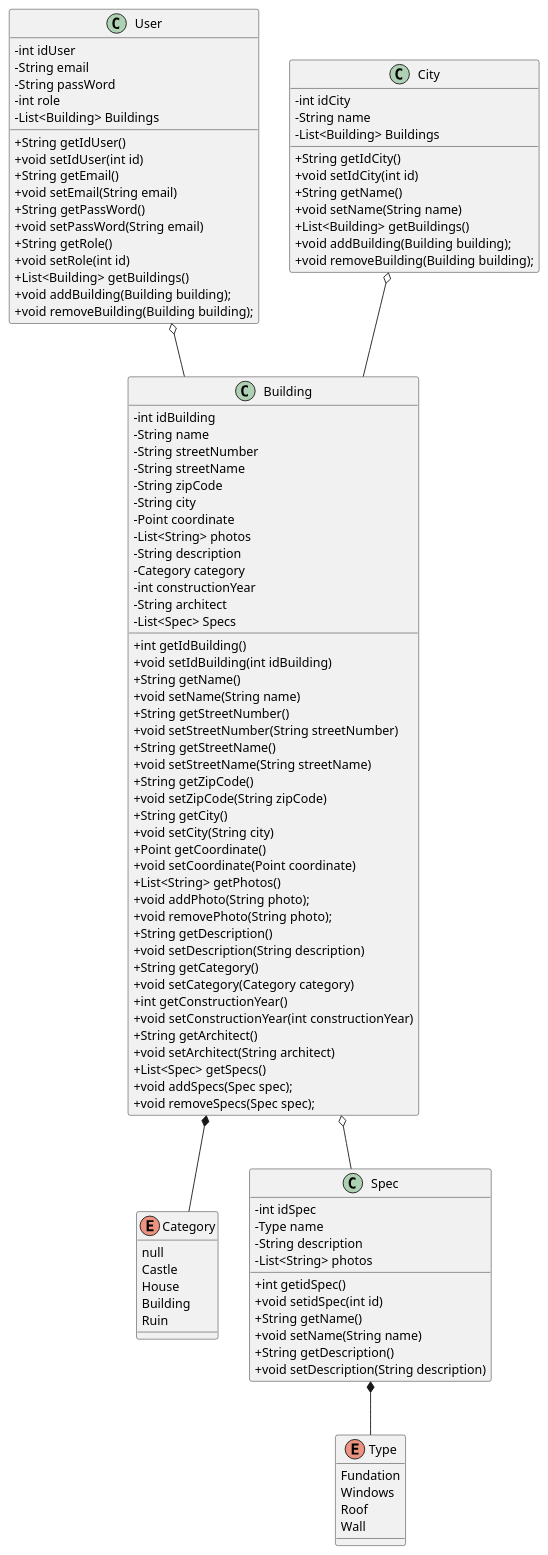
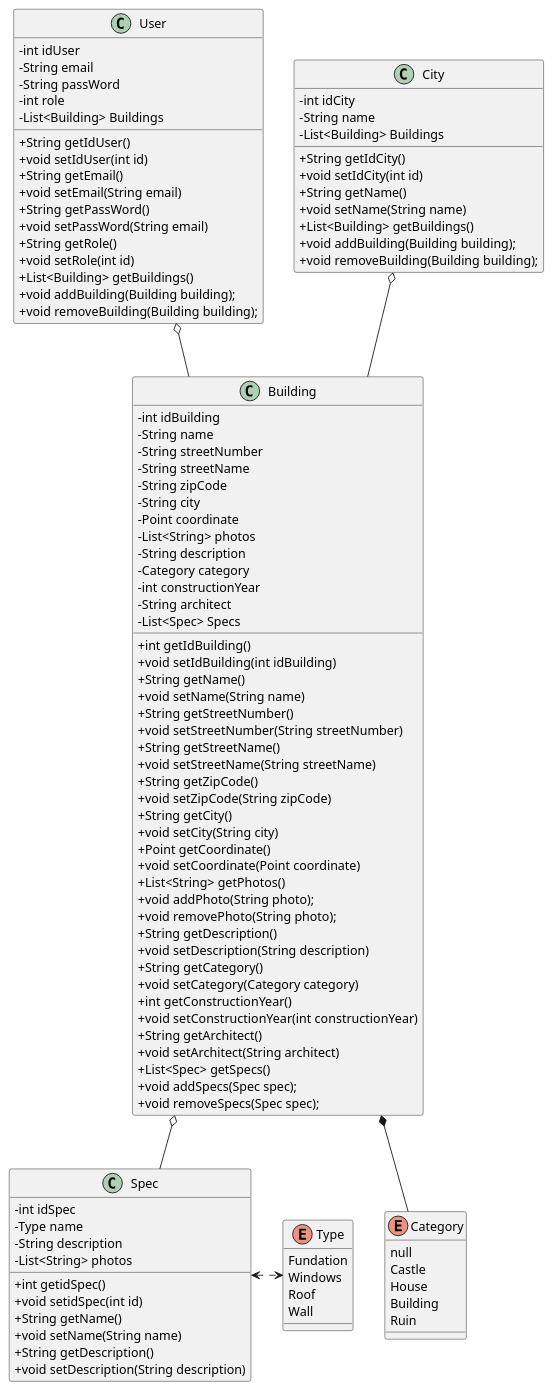
Before and after one commit to chris-tophe/CecChrRap: the first of 3 diagrams in Model.plantuml, drawn with PlantUML. The commit also changed 15 other files, not shown here.

```diff
--- a/Model.plantuml
+++ b/Model.plantuml
@@ -1,119 +1,119 @@
 @startuml Model2
 skinparam classAttributeIconSize 0
 
 User o-- Building
 City o-- Building
 Building *-- Category
 Building o-- Spec
-Spec *-- Type
+Spec <.> Type
 
 class User{
     - int idUser
     - String email
     - String passWord
     - int role
     - List<Building> Buildings
 
     + String getIdUser()
     + void setIdUser(int id)
     + String getEmail()
     + void setEmail(String email)
     + String getPassWord()
     + void setPassWord(String email)
     + String getRole()
     + void setRole(int id)
     + List<Building> getBuildings()
     + void addBuilding(Building building);
     + void removeBuilding(Building building);
 }
 
 class City{
     - int idCity
     - String name
     - List<Building> Buildings
 
     + String getIdCity()
     + void setIdCity(int id)
     + String getName()
     + void setName(String name)
     + List<Building> getBuildings()
     + void addBuilding(Building building);
     + void removeBuilding(Building building);
 }
 
 class Building{
     - int idBuilding
     - String name
     - String streetNumber
     - String streetName
     - String zipCode
     - String city
     - Point coordinate
     - List<String> photos
     - String description
     - Category category
     - int constructionYear
     - String architect
     - List<Spec> Specs
 
     + int getIdBuilding()
     + void setIdBuilding(int idBuilding)
     + String getName()
     + void setName(String name)
     + String getStreetNumber()
     + void setStreetNumber(String streetNumber)
     + String getStreetName()
     + void setStreetName(String streetName)
     + String getZipCode()
     + void setZipCode(String zipCode)
     + String getCity()
     + void setCity(String city)
     + Point getCoordinate()
     + void setCoordinate(Point coordinate)
     + List<String> getPhotos()
     + void addPhoto(String photo);
     + void removePhoto(String photo);
     + String getDescription()
     + void setDescription(String description)
     + String getCategory()
     + void setCategory(Category category)
     + int getConstructionYear()
     + void setConstructionYear(int constructionYear)
     + String getArchitect()
     + void setArchitect(String architect)
     + List<Spec> getSpecs()
     + void addSpecs(Spec spec);
     + void removeSpecs(Spec spec);
 }
 
 enum Category{
     null
     Castle
     House
     Building
     Ruin
 }
 
 class Spec{
     -int idSpec
     -Type name
     -String description
     -List<String> photos
 
     + int getidSpec()
     + void setidSpec(int id)
     + String getName()
     + void setName(String name)
     + String getDescription()
     + void setDescription(String description)
 
 }
 
 enum Type{
     Fundation
     Windows
     Roof
     Wall
 }
 
 @enduml
```
